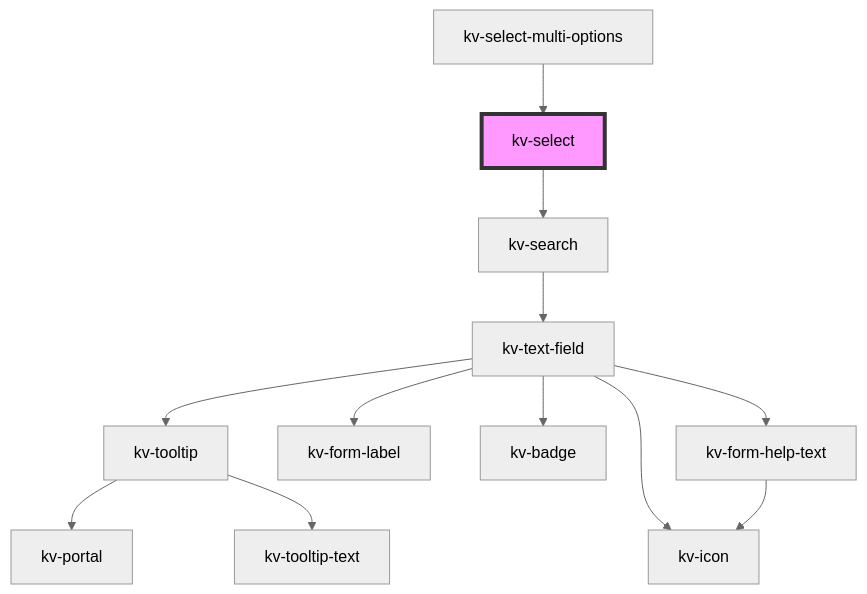
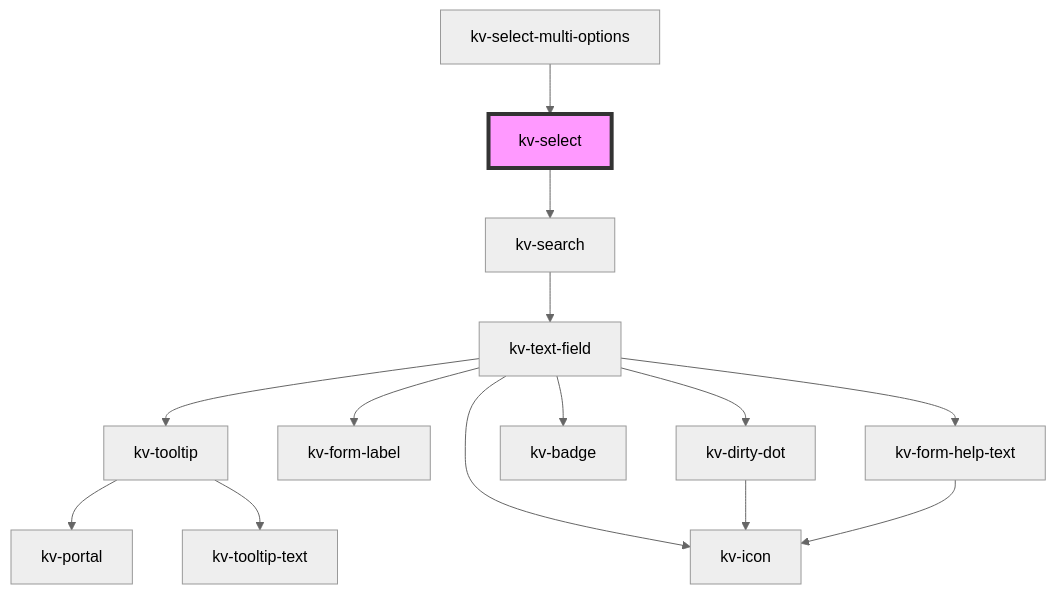
Before and after one commit to kelvininc/ui-components: the diagram in packages/ui-components/src/components/select/readme.md, drawn with Mermaid (neutral theme). The commit also changed 27 other files, not shown here.

Commit message:
feat: create 'kv-dirty-dot' component

````diff
--- a/packages/ui-components/src/components/select/readme.md
+++ b/packages/ui-components/src/components/select/readme.md
@@ -92,15 +92,17 @@
 ```mermaid
 graph TD;
   kv-select --> kv-search
   kv-search --> kv-text-field
   kv-text-field --> kv-tooltip
   kv-text-field --> kv-form-label
   kv-text-field --> kv-icon
+  kv-text-field --> kv-dirty-dot
   kv-text-field --> kv-badge
   kv-text-field --> kv-form-help-text
   kv-tooltip --> kv-portal
   kv-tooltip --> kv-tooltip-text
+  kv-dirty-dot --> kv-icon
   kv-form-help-text --> kv-icon
   kv-select-multi-options --> kv-select
   style kv-select fill:#f9f,stroke:#333,stroke-width:4px
 ```
````
